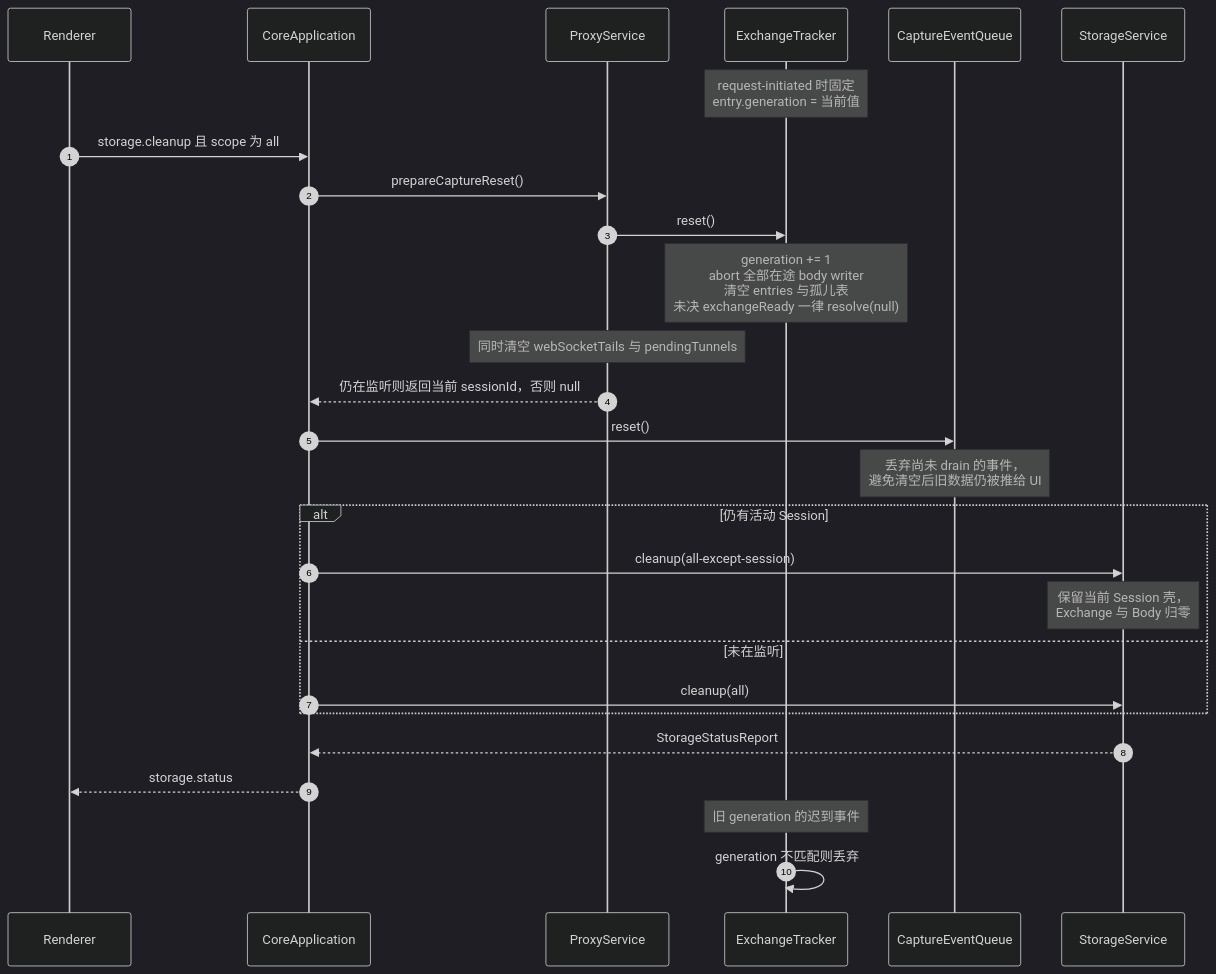
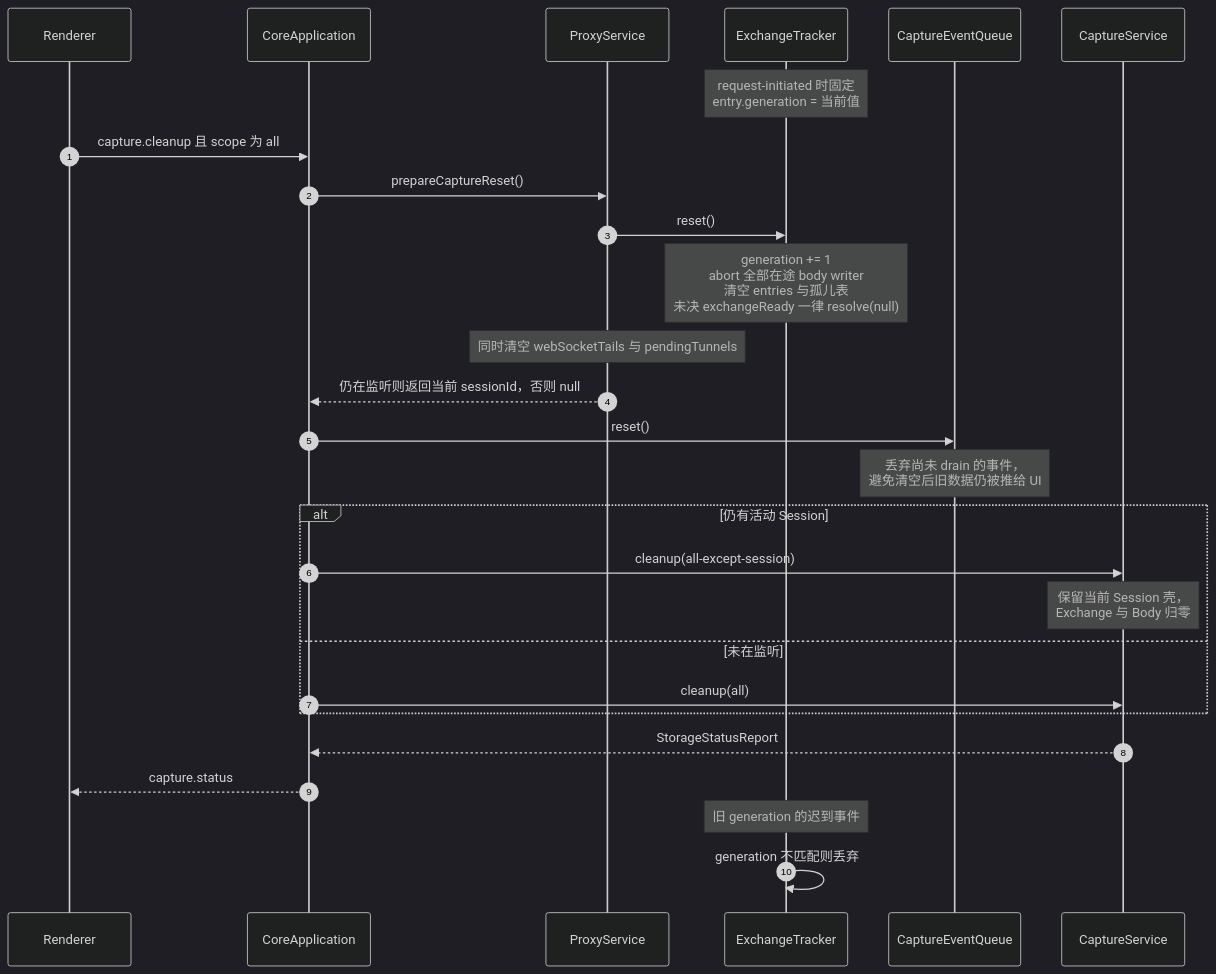
One commit to zhxmt-xm/Interceptor changed diagram 12 of 14 in architecture/feature-capture.md. Above: the diagram before and after it, drawn with Mermaid (dark theme). The commit also changed other lines of this file and 237 other files, not shown here.

````diff
--- a/architecture/feature-capture.md
+++ b/architecture/feature-capture.md
@@ -1025,34 +1025,34 @@
 ```mermaid
 sequenceDiagram
     autonumber
     participant UI as Renderer
     participant App as CoreApplication
     participant Proxy as ProxyService
     participant Tracker as ExchangeTracker
     participant Queue as CaptureEventQueue
-    participant Storage as StorageService
+    participant Storage as CaptureService
 
     Note over Tracker: request-initiated 时固定<br/>entry.generation = 当前值
 
-    UI->>App: storage.cleanup 且 scope 为 all
+    UI->>App: capture.cleanup 且 scope 为 all
     App->>Proxy: prepareCaptureReset()
     Proxy->>Tracker: reset()
     Note over Tracker: generation += 1<br/>abort 全部在途 body writer<br/>清空 entries 与孤儿表<br/>未决 exchangeReady 一律 resolve(null)
     Note over Proxy: 同时清空 webSocketTails 与 pendingTunnels
     Proxy-->>App: 仍在监听则返回当前 sessionId，否则 null
 
     App->>Queue: reset()
     Note over Queue: 丢弃尚未 drain 的事件，<br/>避免清空后旧数据仍被推给 UI
 
     alt 仍有活动 Session
         App->>Storage: cleanup(all-except-session)
         Note over Storage: 保留当前 Session 壳，<br/>Exchange 与 Body 归零
     else 未在监听
         App->>Storage: cleanup(all)
     end
     Storage-->>App: StorageStatusReport
-    App-->>UI: storage.status
+    App-->>UI: capture.status
 
     Note over Tracker: 旧 generation 的迟到事件
     Tracker->>Tracker: generation 不匹配则丢弃
 ```
````
